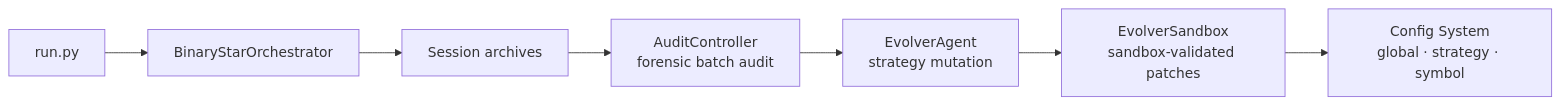
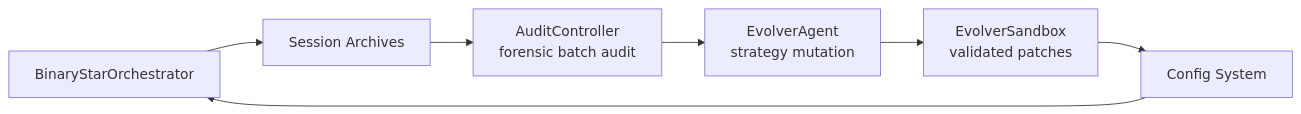
Before and after one commit to jiangyang5157/binary-star: the second of 4 diagrams in README.md, drawn with Mermaid. The commit also changed other lines of this file, not shown here.

First line of the commit message:
docs: full README rewrite — concise, diagram-first, zero crossed lines

````diff
--- a/README.md
+++ b/README.md
@@ -32,9 +30,9 @@
 ```mermaid
 graph LR
-    CLI["run.py"] --> BSO["BinaryStarOrchestrator"]
-    BSO --> SES["Session archives"]
-    SES --> AUDIT["AuditController<br/>forensic batch audit"]
+    BSO["BinaryStarOrchestrator"] --> SESSIONS["Session Archives"]
+    SESSIONS --> AUDIT["AuditController<br/>forensic batch audit"]
     AUDIT --> EVOLVER["EvolverAgent<br/>strategy mutation"]
-    EVOLVER --> PATCH["EvolverSandbox<br/>sandbox-validated patches"]
-    PATCH --> CONFIG["Config System<br/>global · strategy · symbol"]
+    EVOLVER --> PATCH["EvolverSandbox<br/>validated patches"]
+    PATCH --> CONFIG["Config System"]
+    CONFIG --> BSO
 ```
````
